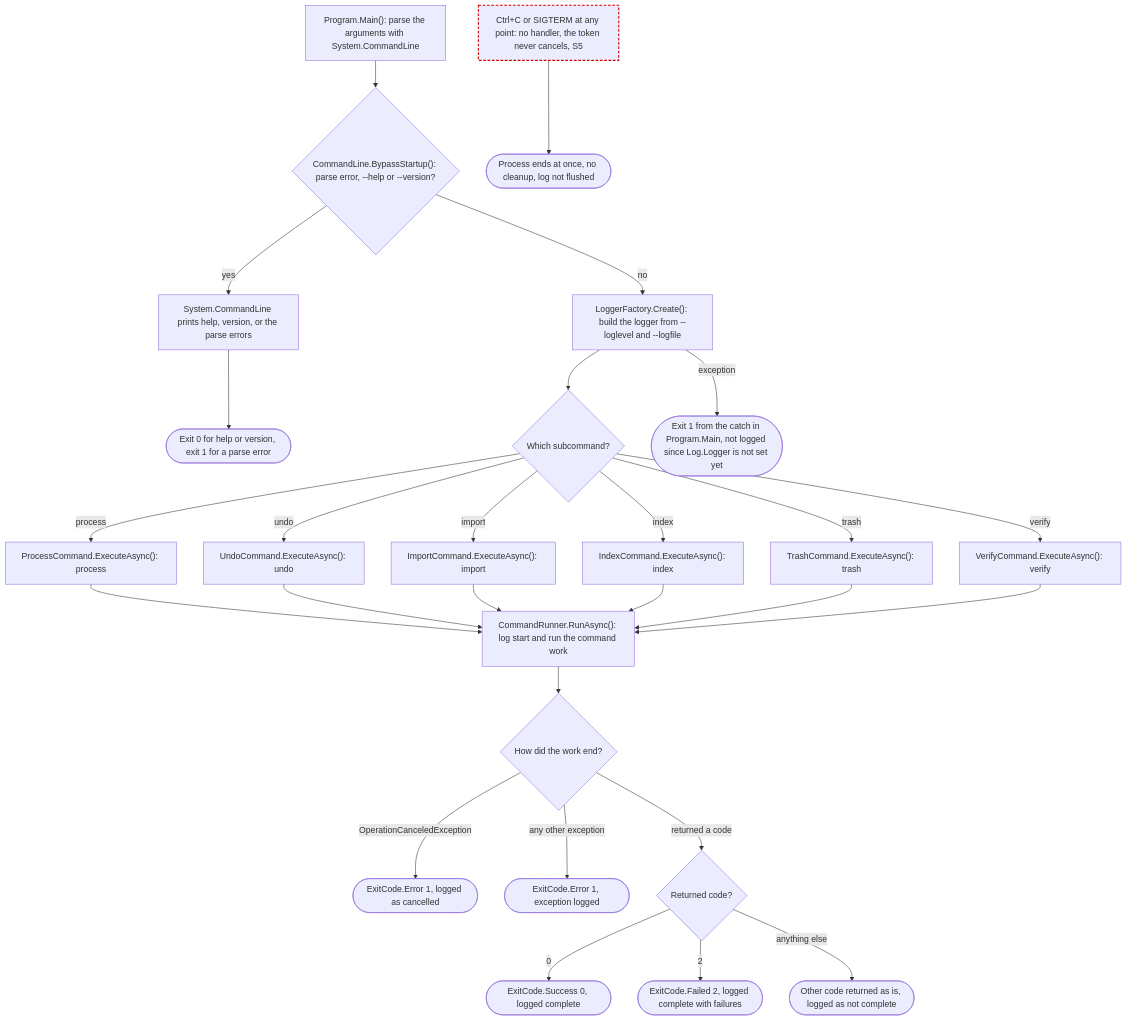
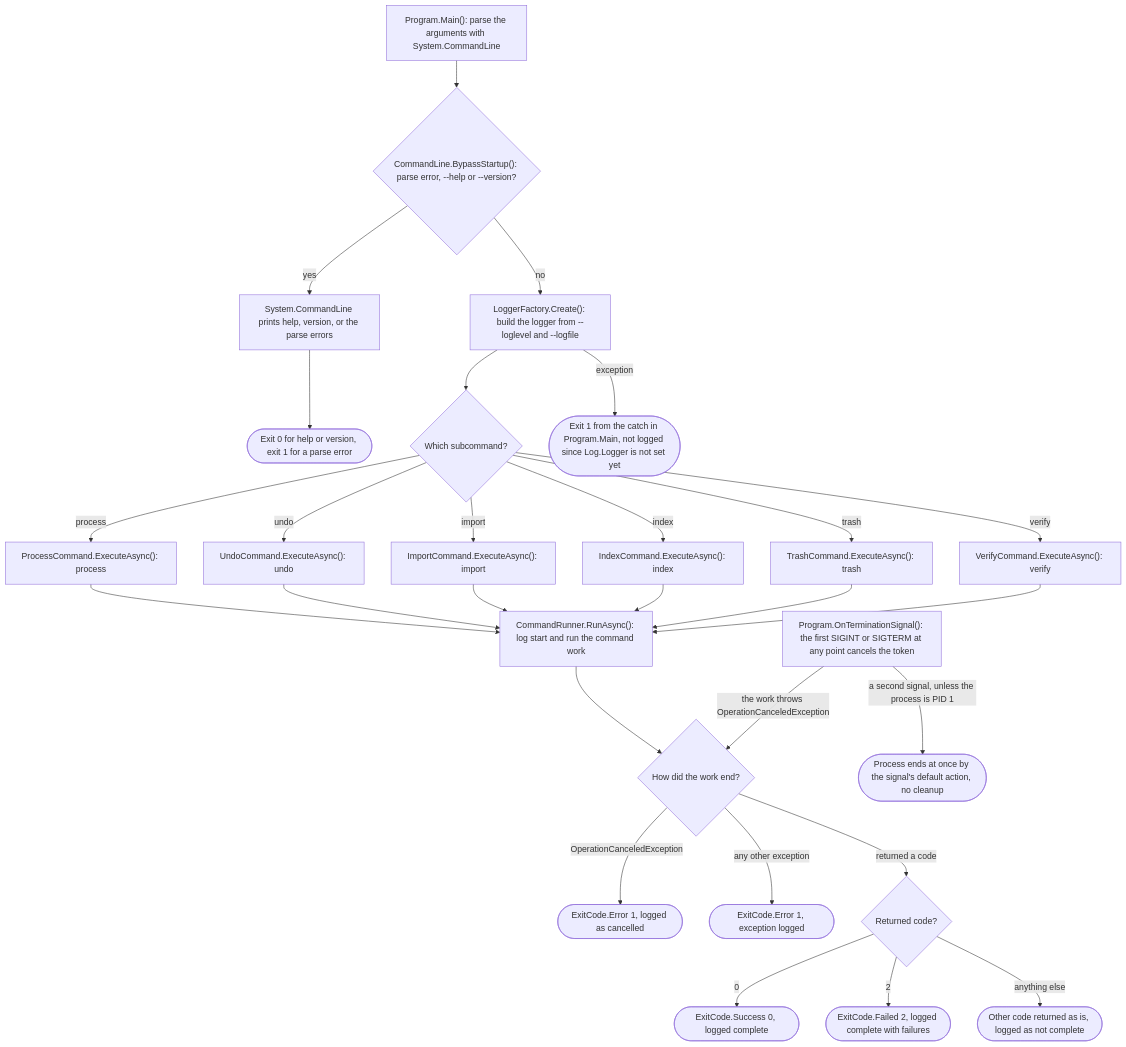
One commit to ptr727/PhotoCleaner changed the first of 23 diagrams in ARCHITECTURE.md. Above: the diagram before and after it, drawn with Mermaid. The commit also changed other lines of this file and 2 other files, not shown here.

First paragraph of the commit message:
Cancel the Run on Ctrl+C or SIGTERM So Each Command Cleans Up (#337)
* Cancel the Run on Ctrl+C or SIGTERM So Each Command Cleans Up

````diff
--- a/ARCHITECTURE.md
+++ b/ARCHITECTURE.md
@@ -118,53 +118,54 @@
 ```mermaid
 flowchart TD
   main["Program.Main(): parse the arguments with System.CommandLine"]
   bypass{"CommandLine.BypassStartup(): parse error, --help or --version?"}
   scl["System.CommandLine prints help, version, or the parse errors"]
   sclEnd(["Exit 0 for help or version, exit 1 for a parse error"])
   logger["LoggerFactory.Create(): build the logger from --loglevel and --logfile"]
   dispatch{"Which subcommand?"}
   process["ProcessCommand.ExecuteAsync(): process"]
   undo["UndoCommand.ExecuteAsync(): undo"]
   import["ImportCommand.ExecuteAsync(): import"]
   index["IndexCommand.ExecuteAsync(): index"]
   trash["TrashCommand.ExecuteAsync(): trash"]
   verify["VerifyCommand.ExecuteAsync(): verify"]
   runner["CommandRunner.RunAsync(): log start and run the command work"]
   how{"How did the work end?"}
   cancelled(["ExitCode.Error 1, logged as cancelled"])
   thrown(["ExitCode.Error 1, exception logged"])
   code{"Returned code?"}
   ok(["ExitCode.Success 0, logged complete"])
   failed(["ExitCode.Failed 2, logged complete with failures"])
   other(["Other code returned as is, logged as not complete"])
   mainCatch(["Exit 1 from the catch in Program.Main, not logged since Log.Logger is not set yet"])
-  ctrlc["Ctrl+C or SIGTERM at any point: no handler, the token never cancels, S5"]:::suspect
-  killed(["Process ends at once, no cleanup, log not flushed"])
+  signal["Program.OnTerminationSignal(): the first SIGINT or SIGTERM at any point cancels the token"]
+  killed(["Process ends at once by the signal's default action, no cleanup"])
 
   main --> bypass
   bypass -->|"yes"| scl --> sclEnd
   bypass -->|"no"| logger
   logger -->|"exception"| mainCatch
   logger --> dispatch
   dispatch -->|"process"| process
   dispatch -->|"undo"| undo
   dispatch -->|"import"| import
   dispatch -->|"index"| index
   dispatch -->|"trash"| trash
   dispatch -->|"verify"| verify
   process --> runner
   undo --> runner
   import --> runner
   index --> runner
   trash --> runner
   verify --> runner
   runner --> how
   how -->|"OperationCanceledException"| cancelled
   how -->|"any other exception"| thrown
   how -->|"returned a code"| code
   code -->|"0"| ok
   code -->|"2"| failed
   code -->|"anything else"| other
-  ctrlc --> killed
+  signal -->|"the work throws OperationCanceledException"| how
+  signal -->|"a second signal, unless the process is PID 1"| killed
   classDef suspect stroke:#c00,stroke-width:2px,stroke-dasharray:5 3
 ```
````
